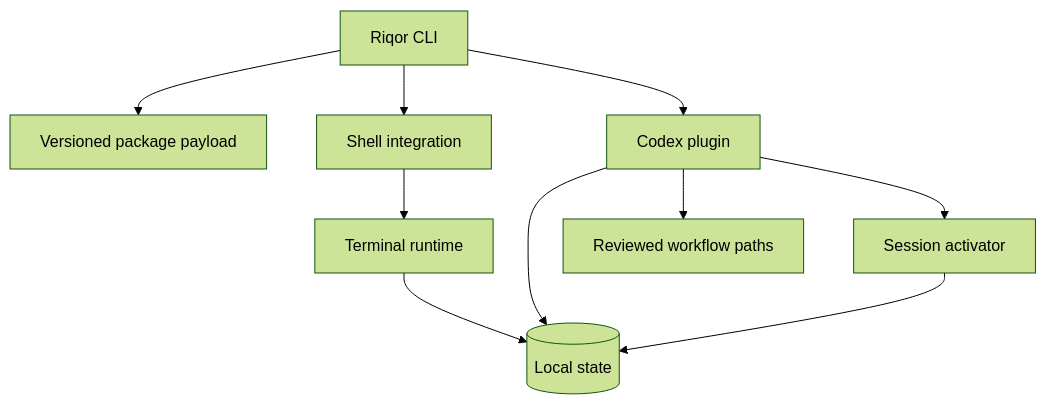
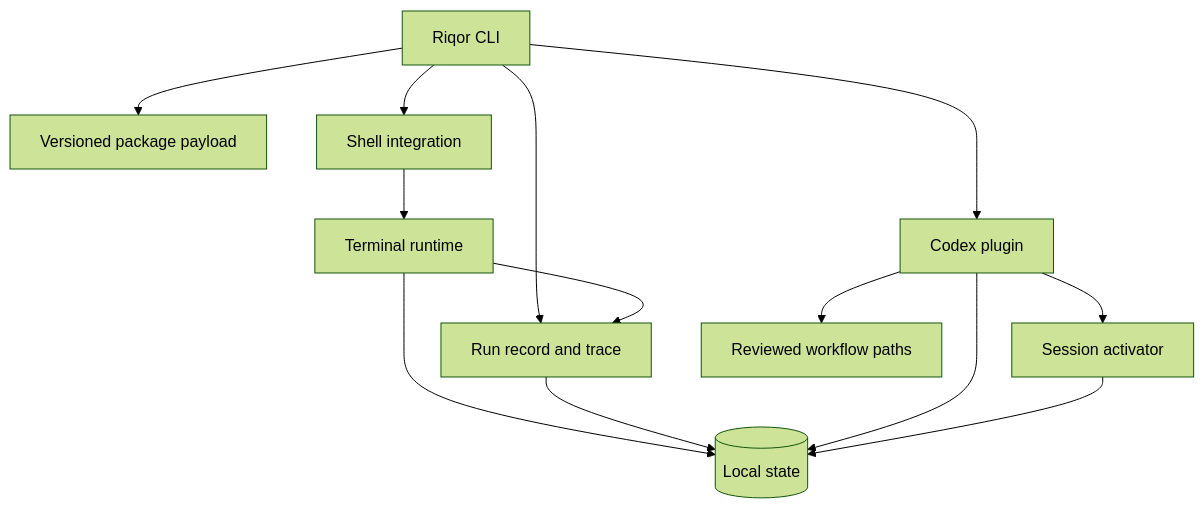
One commit to imMamdouhaboammar/riqor changed the first of 5 diagrams in docs/ARCHITECTURE.md. Above: the diagram before and after it, drawn with Mermaid (forest theme). The commit also changed other lines of this file, not shown here.

Commit message:
docs: describe assured run trace architecture

````diff
--- a/docs/ARCHITECTURE.md
+++ b/docs/ARCHITECTURE.md
@@ -16,21 +17,25 @@
 ```mermaid
 flowchart TB
     CLI[Riqor CLI]
     PKG[Versioned package payload]
     SH[Shell integration]
     TR[Terminal runtime]
+    RR[Run record and trace]
     CP[Codex plugin]
     AC[Session activator]
     WP[Reviewed workflow paths]
     LS[(Local state)]
 
     CLI --> PKG
     CLI --> SH
+    CLI --> RR
     SH --> TR
+    TR --> RR
     TR --> LS
+    RR --> LS
     CLI --> CP
     CP --> LS
     CP --> AC
     AC --> LS
     CP --> WP
 ```
````
